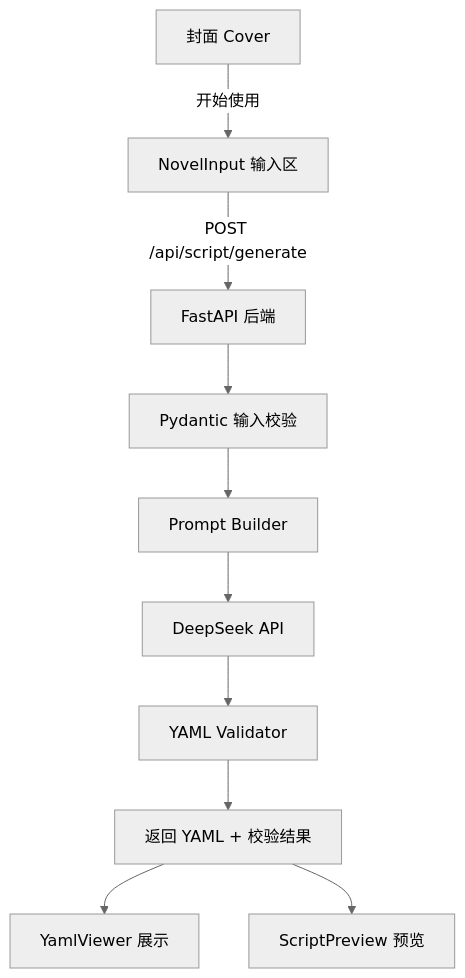
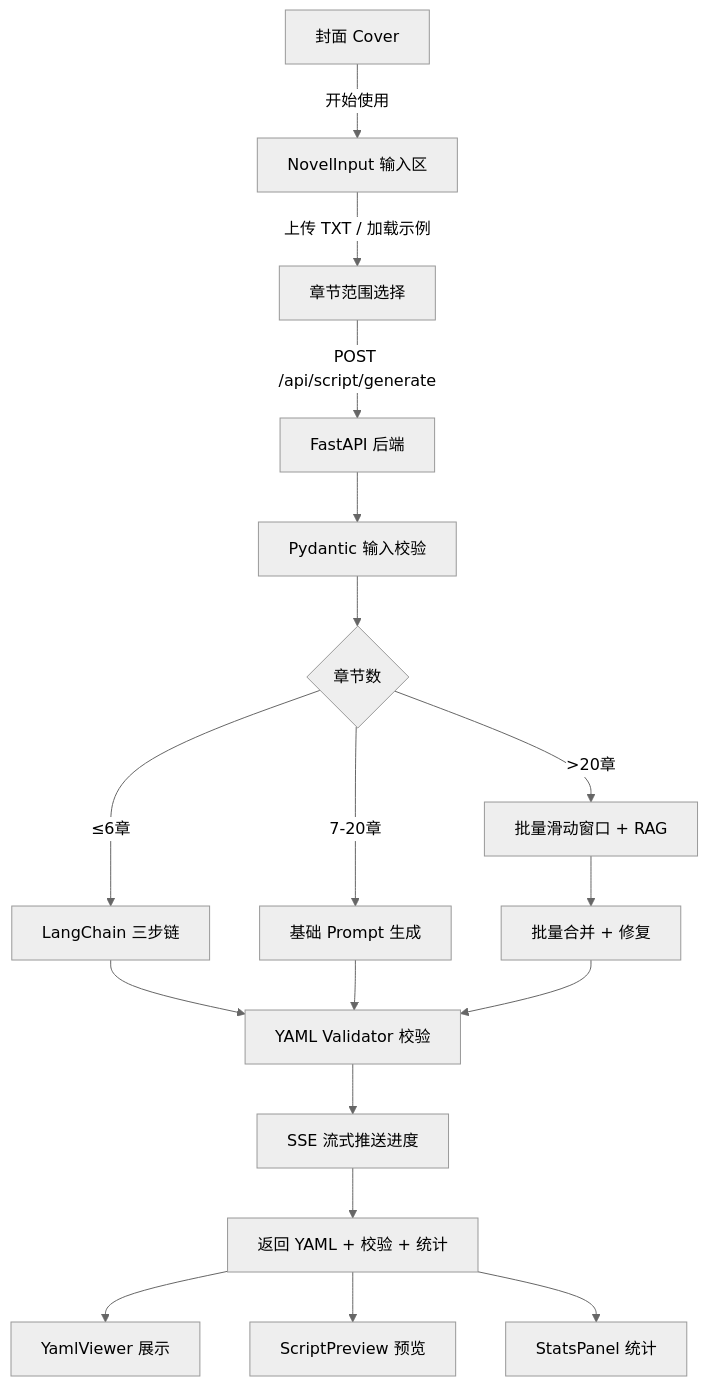
The diagram in README.md (Zhoujue0115/ai-novel-to-script), drawn with Mermaid (neutral theme) before and after one commit. The commit also changed other lines of this file and 3 other files, not shown here.

First line of the commit message:
fix: YAML 合并质量修复 + API 自动重试 + 文档更新

````diff
--- a/README.md
+++ b/README.md
@@ -21,12 +21,20 @@
 ```mermaid
 flowchart TD
     A[封面 Cover] -->|开始使用| B[NovelInput 输入区]
-    B -->|POST /api/script/generate| C[FastAPI 后端]
-    C --> D[Pydantic 输入校验]
-    D --> E[Prompt Builder]
-    E --> F[DeepSeek API]
-    F --> G[YAML Validator]
-    G --> H[返回 YAML + 校验结果]
-    H --> I[YamlViewer 展示]
-    H --> J[ScriptPreview 预览]
+    B -->|上传 TXT / 加载示例| C[章节范围选择]
+    C -->|POST /api/script/generate| D[FastAPI 后端]
+    D --> E[Pydantic 输入校验]
+    E --> F{章节数}
+    F -->|≤6章| G[LangChain 三步链]
+    F -->|7-20章| H[基础 Prompt 生成]
+    F -->|>20章| I[批量滑动窗口 + RAG]
+    G --> J[YAML Validator 校验]
+    H --> J
+    I --> K[批量合并 + 修复]
+    K --> J
+    J --> L[SSE 流式推送进度]
+    L --> M[返回 YAML + 校验 + 统计]
+    M --> N[YamlViewer 展示]
+    M --> O[ScriptPreview 预览]
+    M --> P[StatsPanel 统计]
 ```
````
